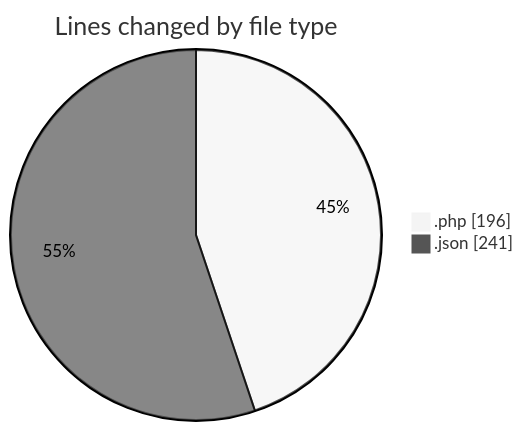
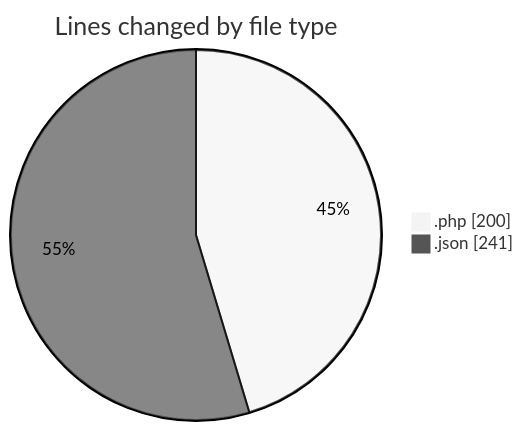
One commit to idhammustaqopulfikri/code-tracking changed the first of 2 diagrams in 2025-03-29/autodidak/README.md. Above: the diagram before and after it, drawn with Mermaid (neutral theme). The commit also changed other lines of this file and 1 other file, not shown here.

````diff
--- a/2025-03-29/autodidak/README.md
+++ b/2025-03-29/autodidak/README.md
@@ -25,6 +25,6 @@
 ```mermaid
 pie showData
 title Lines changed by file type
-".php" : 196
+".php" : 200
 ".json" : 241
 ```
````
